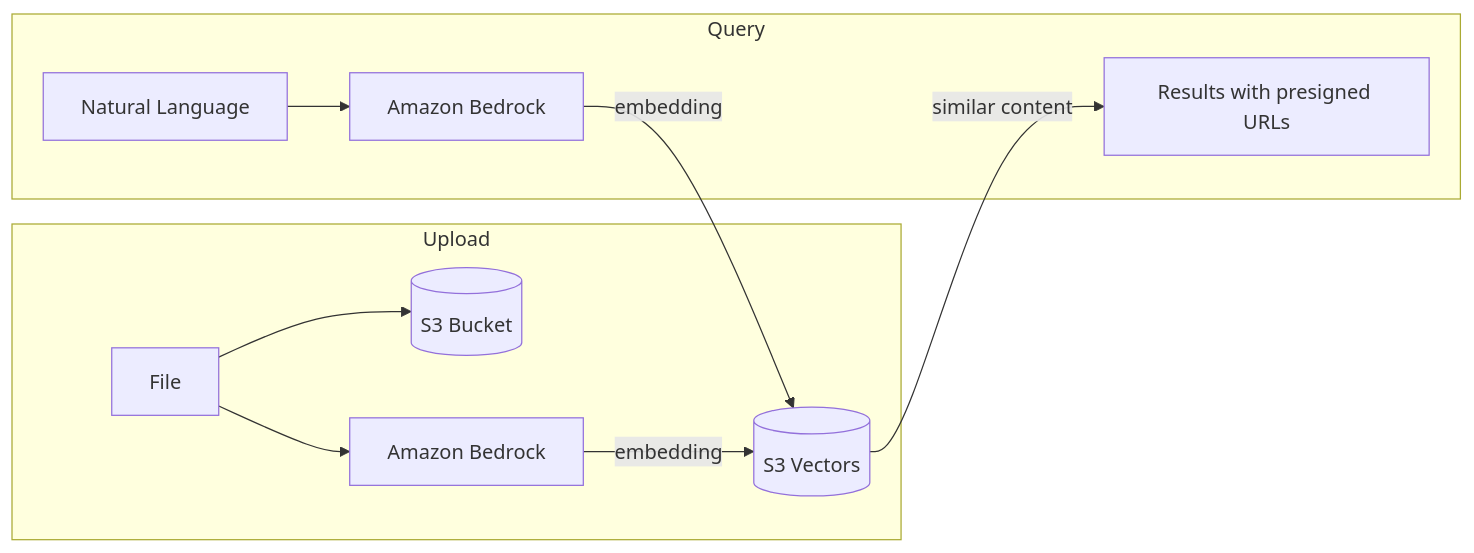
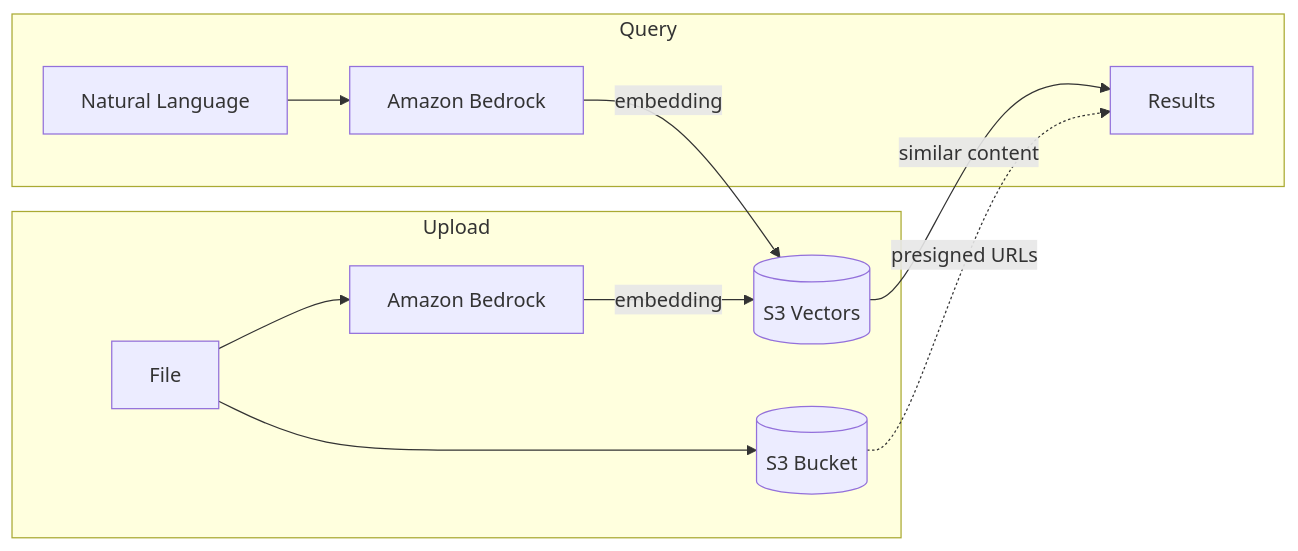
One commit to danilop/semstash changed the first of 3 diagrams in README.md. Above: the diagram before and after it, drawn with Mermaid.

Commit message:
Add presigned URLs link from S3 bucket to results

````diff
--- a/README.md
+++ b/README.md
@@ -13,14 +13,15 @@
 ```mermaid
 flowchart LR
     subgraph Upload
         F[File] --> S3[(S3 Bucket)]
         F --> Bedrock[Amazon Bedrock]
         Bedrock --> |embedding| SV[(S3 Vectors)]
     end
 
     subgraph Query
         Q[Natural Language] --> Bedrock2[Amazon Bedrock]
         Bedrock2 --> |embedding| SV
-        SV --> |similar content| R[Results with presigned URLs]
+        SV --> |similar content| R[Results]
+        S3 -.-> |presigned URLs| R
     end
 ```
````
